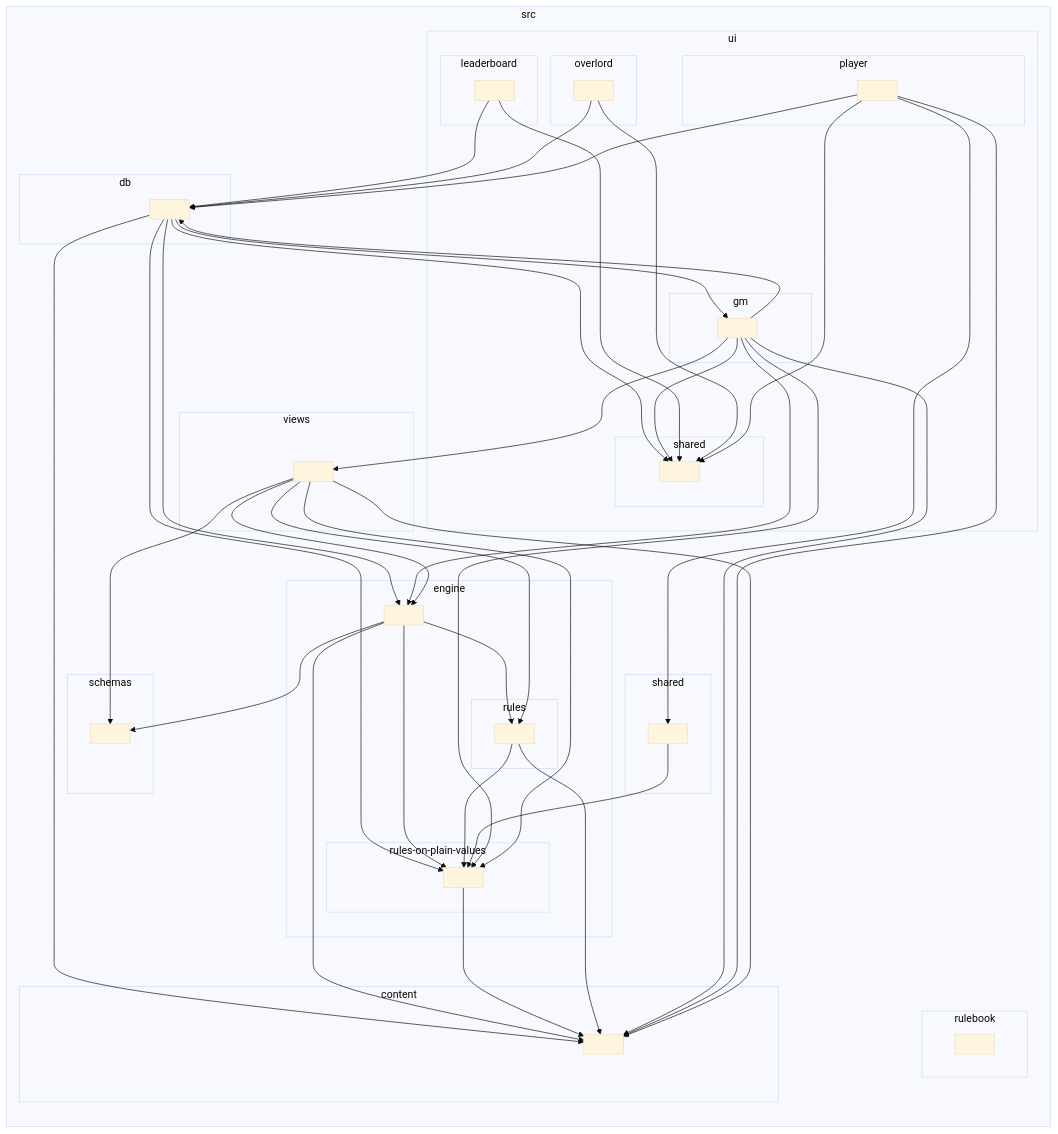
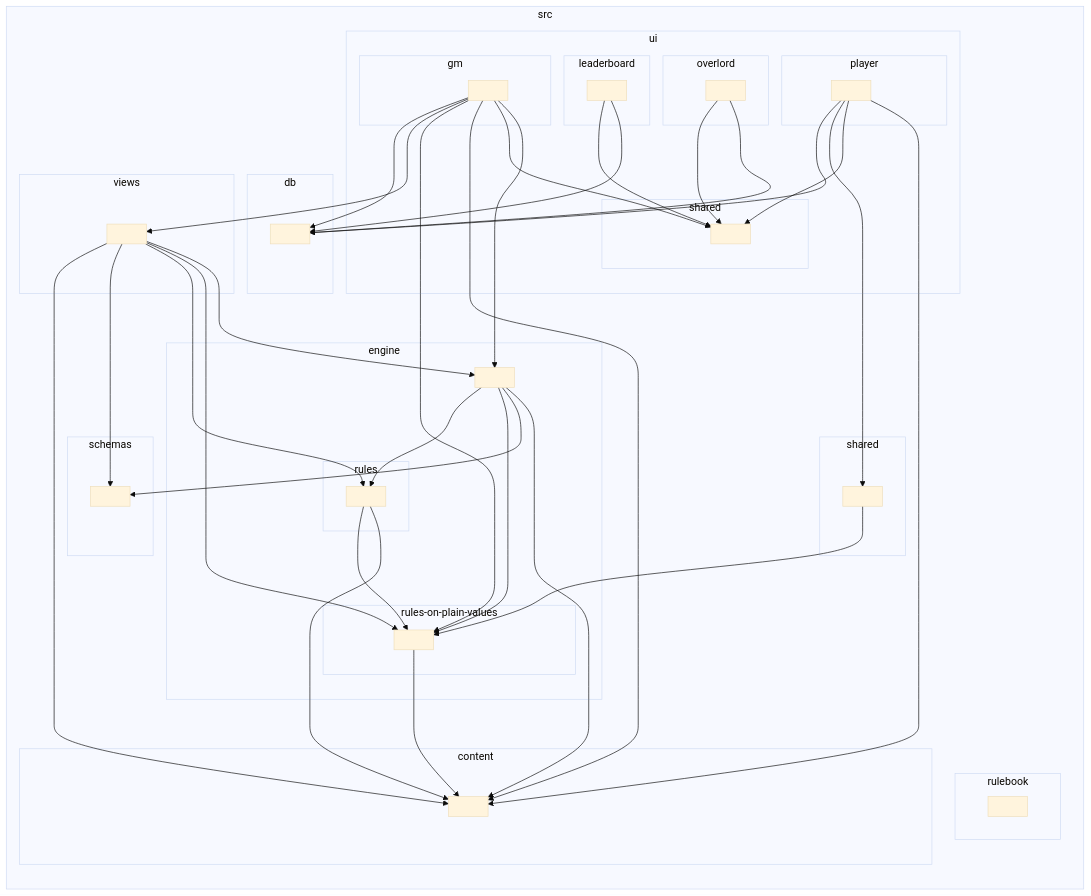
One commit to Nestalawe/kingdoms-call changed the diagram in docs/ARCHITECTURE.md. Above: the diagram before and after it, drawn with Mermaid (base theme). The commit also changed other lines of this file and 25 other files, not shown here.

````diff
--- a/docs/ARCHITECTURE.md
+++ b/docs/ARCHITECTURE.md
@@ -141,82 +140,77 @@
 ```mermaid
 flowchart LR
 
 subgraph src["src"]
   subgraph src_content["content"]
     src_content_[" "]
   end
   subgraph src_db["db"]
     src_db_[" "]
   end
   subgraph src_engine["engine"]
     src_engine_[" "]
     subgraph src_engine_rules_on_plain_values["rules-on-plain-values"]
       src_engine_rules_on_plain_values_[" "]
     end
     subgraph src_engine_rules["rules"]
       src_engine_rules_[" "]
     end
   end
   subgraph src_rulebook["rulebook"]
     src_rulebook_[" "]
   end
   subgraph src_schemas["schemas"]
     src_schemas_[" "]
   end
   subgraph src_shared["shared"]
     src_shared_[" "]
   end
   subgraph src_ui["ui"]
     subgraph src_ui_gm["gm"]
       src_ui_gm_[" "]
     end
     subgraph src_ui_leaderboard["leaderboard"]
       src_ui_leaderboard_[" "]
     end
     subgraph src_ui_overlord["overlord"]
       src_ui_overlord_[" "]
     end
     subgraph src_ui_player["player"]
       src_ui_player_[" "]
     end
     subgraph src_ui_shared["shared"]
       src_ui_shared_[" "]
     end
   end
   subgraph src_views["views"]
     src_views_[" "]
   end
 end
-src_db_-->src_engine_rules_on_plain_values_
-src_db_-->src_ui_gm_
-src_db_-->src_ui_shared_
-src_db_-->src_content_
-src_db_-->src_engine_
 src_engine_-->src_content_
+src_engine_-->src_schemas_
 src_engine_-->src_engine_rules_on_plain_values_
-src_engine_-->src_schemas_
 src_engine_-->src_engine_rules_
 src_engine_rules_on_plain_values_-->src_content_
 src_engine_rules_-->src_content_
 src_engine_rules_-->src_engine_rules_on_plain_values_
 src_shared_-->src_engine_rules_on_plain_values_
-src_ui_gm_-->src_content_
-src_ui_gm_-->src_db_
 src_ui_gm_-->src_engine_
 src_ui_gm_-->src_ui_shared_
+src_ui_gm_-->src_content_
 src_ui_gm_-->src_engine_rules_on_plain_values_
 src_ui_gm_-->src_views_
+src_ui_gm_-->src_db_
 src_ui_leaderboard_-->src_db_
 src_ui_leaderboard_-->src_ui_shared_
 src_ui_overlord_-->src_db_
 src_ui_overlord_-->src_ui_shared_
 src_ui_player_-->src_content_
 src_ui_player_-->src_ui_shared_
 src_ui_player_-->src_shared_
 src_ui_player_-->src_db_
+src_views_-->src_engine_
 src_views_-->src_engine_rules_on_plain_values_
 src_views_-->src_engine_rules_
-src_views_-->src_engine_
 src_views_-->src_schemas_
 src_views_-->src_content_
 ```
````
